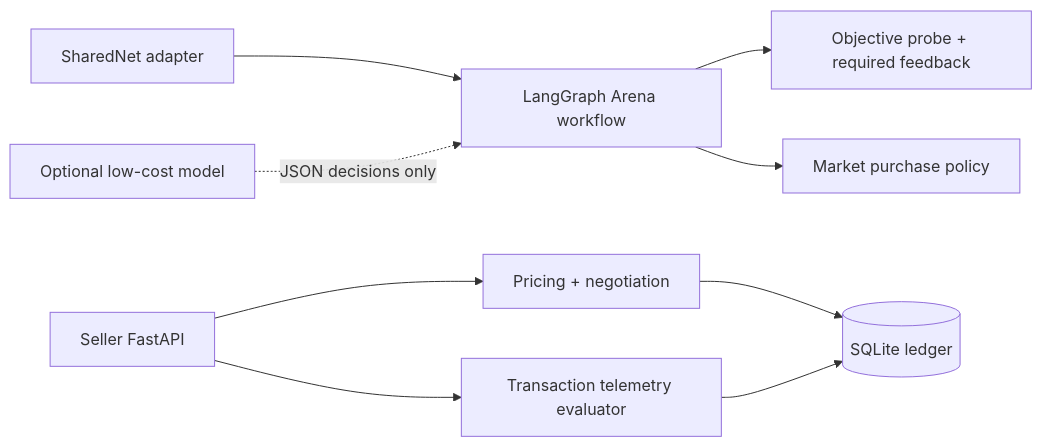
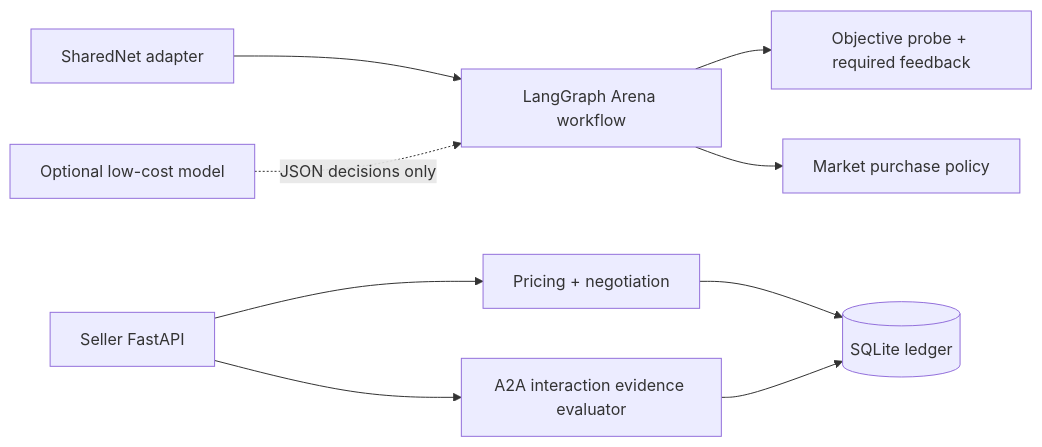
Before and after one commit to yixi1120/Shared-OS-Hackathon: the diagram in README.md, drawn with Mermaid. The commit also changed other lines of this file and 22 other files, not shown here.

Commit message:
Harden A2A interaction evidence workflow

````diff
--- a/README.md
+++ b/README.md
@@ -19,11 +23,11 @@
 ```mermaid
 flowchart LR
   A[SharedNet adapter] --> B[LangGraph Arena workflow]
   B --> C[Objective probe + required feedback]
   B --> D[Market purchase policy]
   E[Seller FastAPI] --> F[Pricing + negotiation]
-  E --> G[Transaction telemetry evaluator]
+  E --> G[A2A interaction evidence evaluator]
   F --> H[(SQLite ledger)]
   G --> H
   I[Optional low-cost model] -. JSON decisions only .-> B
 ```
````
